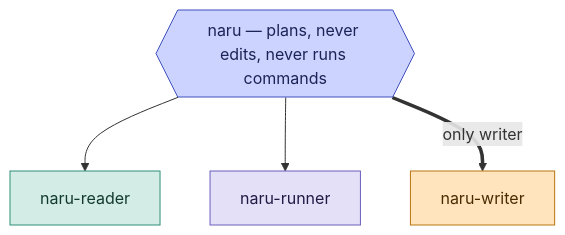
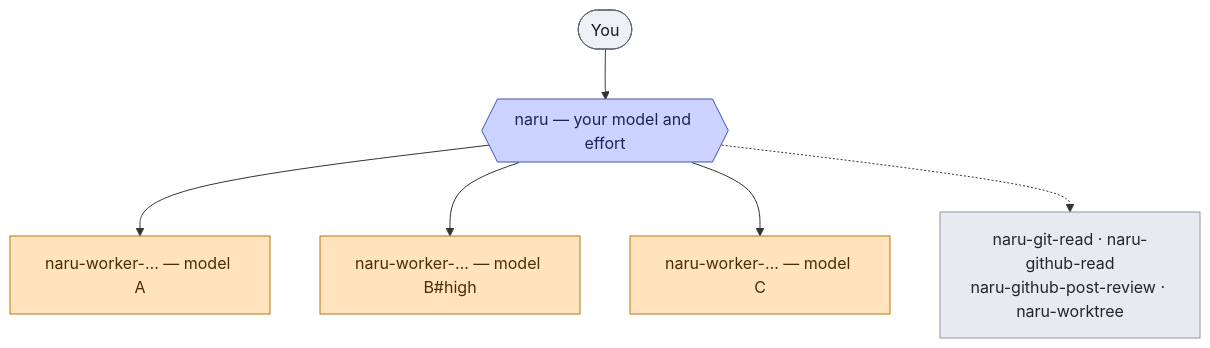
Before and after one commit to sean35mm/naru-opencode: the diagram in docs/src/content/docs/workflows/agents.md, drawn with Mermaid. The commit also changed other lines of this file and 20 other files, not shown here.

````diff
--- a/docs/src/content/docs/workflows/agents.md
+++ b/docs/src/content/docs/workflows/agents.md
@@ -12,15 +8,18 @@
 ```mermaid
 flowchart TB
-  ORC{{"naru — plans, never edits, never runs commands"}}:::coord
-  RD["naru-reader"]:::read
-  RUN["naru-runner"]:::shell
-  WR["naru-writer"]:::write
+  U(["You"]):::actor
+  ORC{{"naru — your model and effort"}}:::coord
+  W1["naru-worker-… — model A"]:::write
+  W2["naru-worker-… — model B#high"]:::write
+  W3["naru-worker-… — model C"]:::write
+  TL["naru-git-read · naru-github-read<br/>naru-github-post-review · naru-worktree"]:::gate
 
-  ORC --> RD & RUN
-  ORC ==>|"only writer"| WR
+  U --> ORC
+  ORC --> W1 & W2 & W3
+  ORC -.-> TL
 
+  classDef actor fill:#eef0f6,stroke:#5f6675,color:#14161d
   classDef coord fill:#ccd3ff,stroke:#3f4fbe,color:#1b2456
-  classDef read fill:#d3ece5,stroke:#2f8f78,color:#123a31
-  classDef shell fill:#e3e0f7,stroke:#6a5fbe,color:#211b45
   classDef write fill:#ffe4bd,stroke:#b8760f,color:#4a2c00
+  classDef gate fill:#e8eaf0,stroke:#8f96a5,color:#22252e
 ```
````
